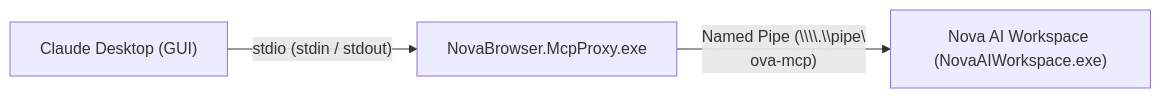
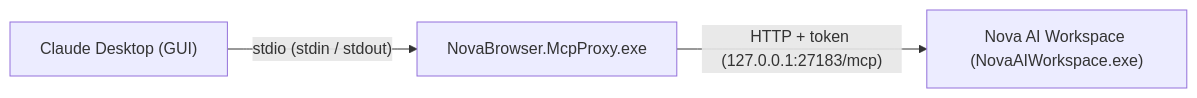
One commit to joelaniol/nova changed the diagram in docs/integration/claude-desktop.md. Above: the diagram before and after it, drawn with Mermaid. The commit also changed other lines of this file and 50 other files, not shown here.

````diff
--- a/docs/integration/claude-desktop.md
+++ b/docs/integration/claude-desktop.md
@@ -11,5 +11,5 @@
 ```mermaid
 flowchart LR
     CD["Claude Desktop (GUI)"] -->|"stdio (stdin / stdout)"| Proxy["NovaBrowser.McpProxy.exe"]
-    Proxy -->|"Named Pipe (\\\\.\\pipe\\nova-mcp)"| Nova["Nova AI Workspace (NovaAIWorkspace.exe)"]
+    Proxy -->|"HTTP + token (127.0.0.1:27183/mcp)"| Nova["Nova AI Workspace (NovaAIWorkspace.exe)"]
 ```
````
